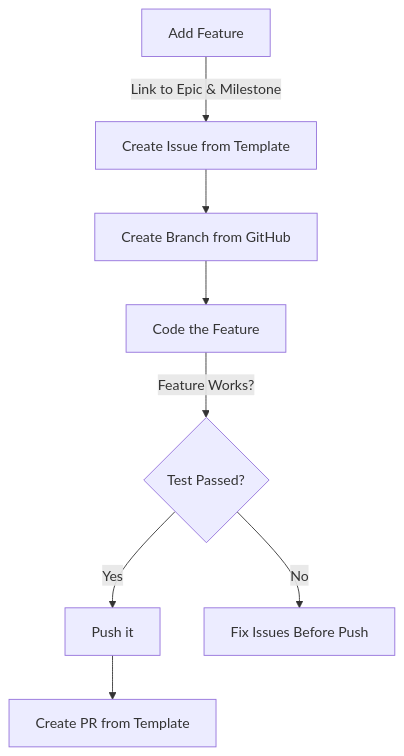
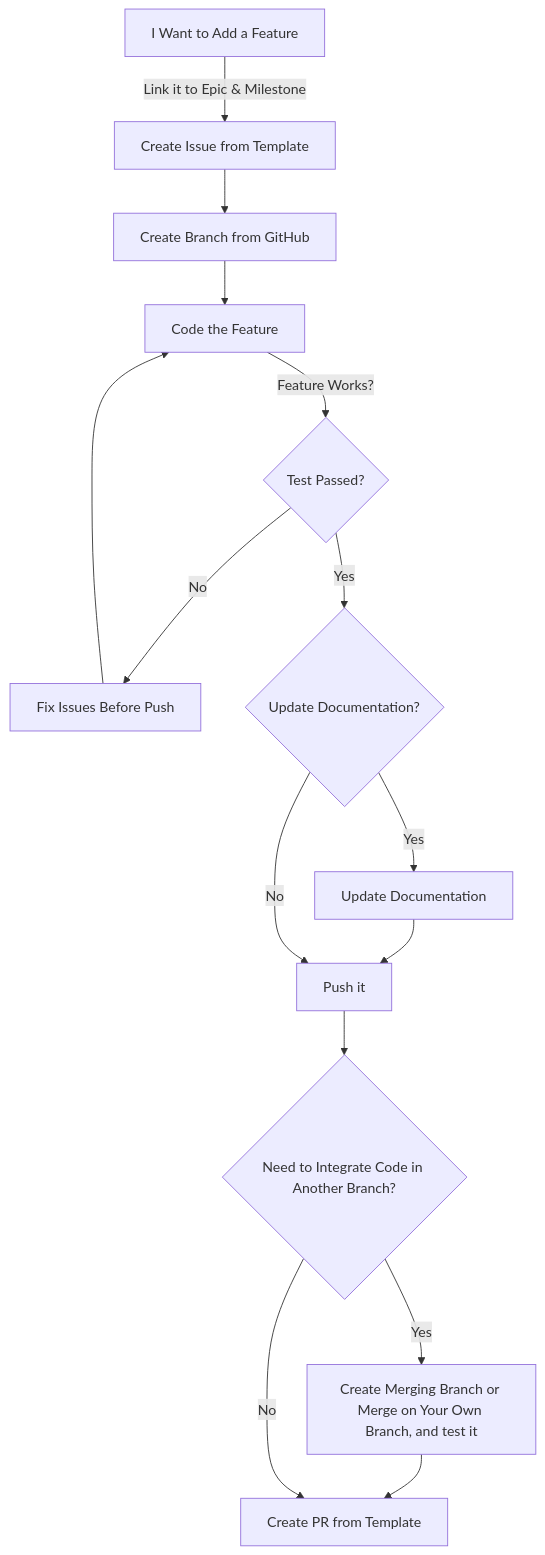
The diagram in process/add-feature.md (celte-team/celte-system), drawn with Mermaid before and after one commit. The commit also changed 3 other files, not shown here.

Commit message:
add: coding style and PR, issue template

````diff
--- a/process/add-feature.md
+++ b/process/add-feature.md
@@ -3,10 +3,14 @@
 ```mermaid
 graph TD;
-    A[Add Feature] -->|Link to Epic & Milestone| B[Create Issue from Template]
+    A[I Want to Add a Feature] -->|Link it to Epic & Milestone| B[Create Issue from Template]
     B --> C[Create Branch from GitHub]
     C --> D[Code the Feature]
     D -->|Feature Works?| E{Test Passed?}
-    E -->|Yes| F[Push it]
-    E -->|No| G[Fix Issues Before Push]
-    F --> H[Create PR from Template]
+    E -->|No| G[Fix Issues Before Push] --> D
+    E -->|Yes| H{Update Documentation?}
+    H -->|Yes| I[Update Documentation] --> J[Push it]
+    H -->|No| J[Push it]
+    J --> L{Need to Integrate Code in Another Branch?}
+    L -->|Yes| M[Create Merging Branch or Merge on Your Own Branch, and test it] --> K[Create PR from Template]
+    L -->|No| K[Create PR from Template]
 ```
````
